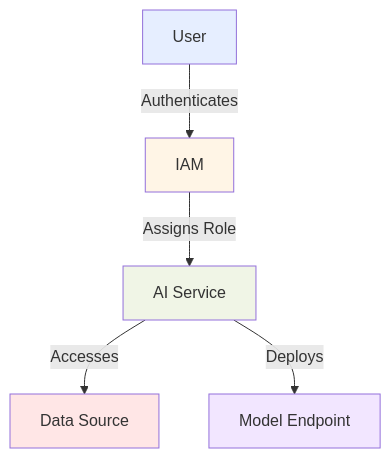
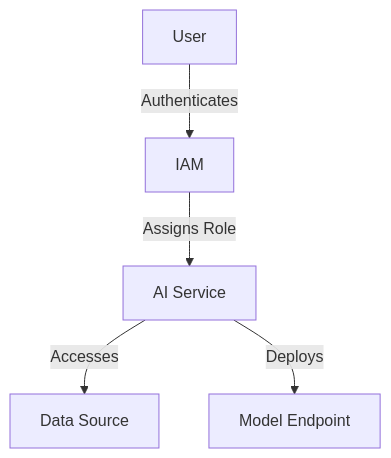
One commit to CloudCityPress/aws-aif-c01 changed the first of 6 diagrams in english/50_10_Methods_to_secure_AI_systems.md. Above: the diagram before and after it, drawn with Mermaid. The commit also changed other lines of this file and 16 other files, not shown here.

Commit message:
updating Mermaids

````diff
--- a/english/50_10_Methods_to_secure_AI_systems.md
+++ b/english/50_10_Methods_to_secure_AI_systems.md
@@ -25,13 +25,7 @@
 ```mermaid
 flowchart TD
     A[User] -->|Authenticates| B[IAM]
     B -->|Assigns Role| C[AI Service]
     C -->|Accesses| D[Data Source]
     C -->|Deploys| E[Model Endpoint]
-    
-    style A fill:#e6eeff
-    style B fill:#fff5e6
-    style C fill:#f0f5e6
-    style D fill:#ffe6e6
-    style E fill:#f2e6ff
 ```
````
